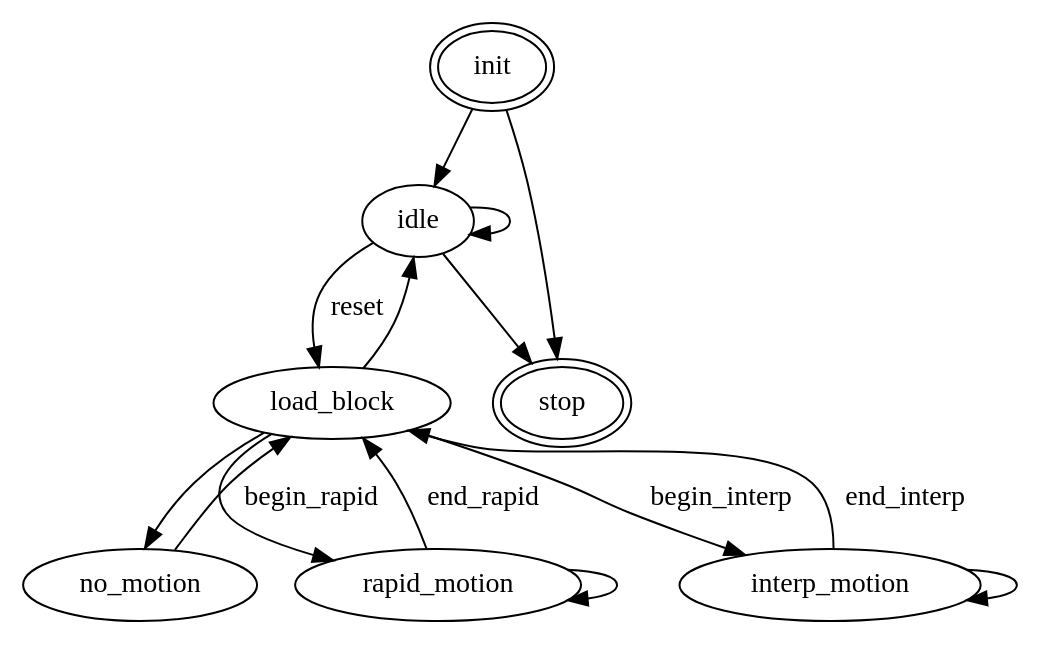
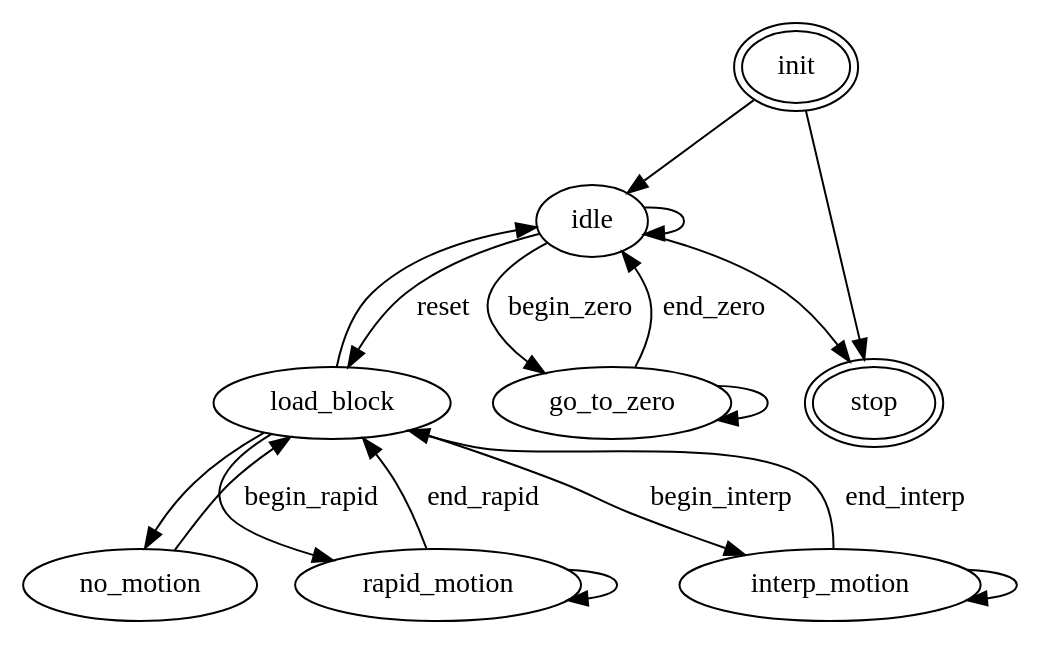
The diagram in src/fsm.dot (pbosetti/c-cnc23), drawn with Graphviz before and after one commit. The commit also changed 9 other files, not shown here.

```diff
--- a/src/fsm.dot
+++ b/src/fsm.dot
@@ -1,36 +1,40 @@
 #    ____       ____ _   _  ____ 
 #   / ___|     / ___| \ | |/ ___|
 #  | |   _____| |   |  \| | |    
 #  | |__|_____| |___| |\  | |___ 
 #   \____|     \____|_| \_|\____|                              
 # Finite state machine description for C-CNC
 # Generate the code with the following command, run from the project root:
 # gv_fsm src/fsm.dot -o src/fsm -p C-CNC -d "Finite state machine for C-CNC" -x ccnc -k stop -l
 digraph "C-CNC" {
   # List of states
   # Mark pure sink and pure source states with double border (purely cosmetic)
   init [peripheries=2]
   idle
   load_block
   no_motion
   rapid_motion
   interp_motion
   stop [peripheries=2]
+  go_to_zero
 
   # List of transitions
   # Add a label if you want a transition function
   init -> idle
   init -> stop
   idle -> idle
   idle -> load_block [label="reset"]
   load_block -> no_motion
   no_motion -> load_block
   load_block -> rapid_motion [label="begin_rapid"]
   rapid_motion -> rapid_motion
   rapid_motion -> load_block [label="end_rapid"]
   load_block -> interp_motion [label="begin_interp"]
   interp_motion -> interp_motion
   interp_motion -> load_block [label="end_interp"]
   load_block -> idle
   idle -> stop
+  idle -> go_to_zero [label="begin_zero"]
+  go_to_zero -> go_to_zero
+  go_to_zero -> idle [label="end_zero"]
 }
```
